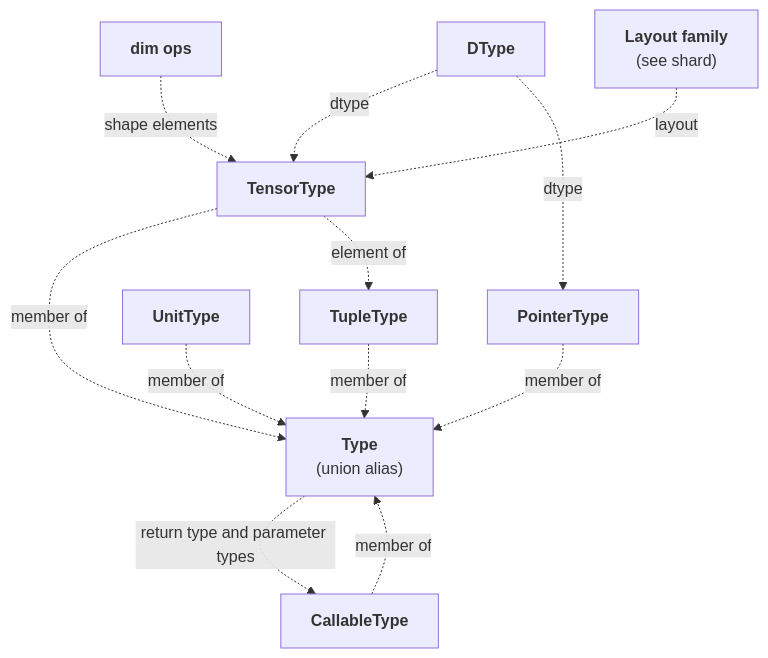
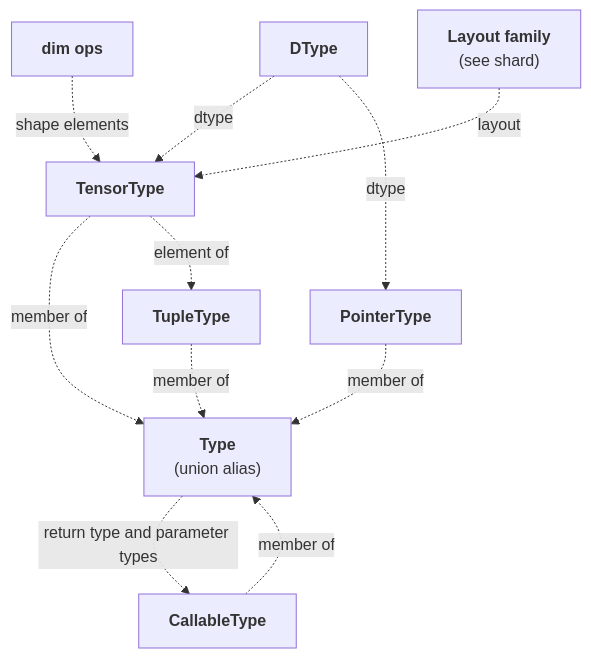
The diagram in docs/spec/types.md (tile-ai/TileFoundry), drawn with Mermaid before and after one commit. The commit also changed other lines of this file and 302 other files, not shown here.

````diff
--- a/docs/spec/types.md
+++ b/docs/spec/types.md
@@ -3,27 +3,25 @@
 ```mermaid
 flowchart TB
     Type["<b>Type</b><br/>(union alias)"]
     TensorType["<b>TensorType</b>"]
     TupleType["<b>TupleType</b>"]
-    UnitType["<b>UnitType</b>"]
     CallableType["<b>CallableType</b>"]
     PointerType["<b>PointerType</b>"]
 
     DType["<b>DType</b>"]
     dim["<b>dim ops</b>"]
     Layout["<b>Layout family</b><br/>(see shard)"]
 
     TensorType -. member of .-> Type
     TupleType -. member of .-> Type
-    UnitType -. member of .-> Type
     CallableType -. member of .-> Type
     PointerType -. member of .-> Type
 
     DType -. dtype .-> TensorType
     dim -. shape elements .-> TensorType
     Layout -. layout .-> TensorType
     DType -. dtype .-> PointerType
 
     TensorType -. element of .-> TupleType
     Type -. return type and parameter types .-> CallableType
 ```
````
